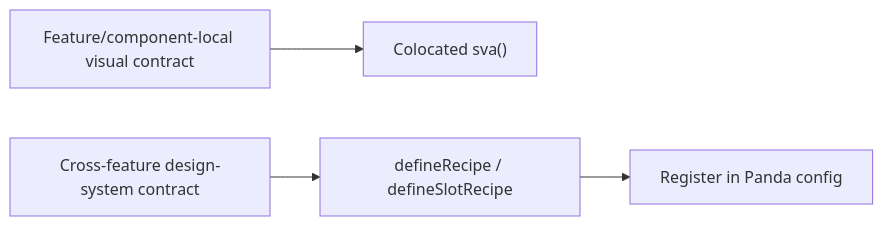
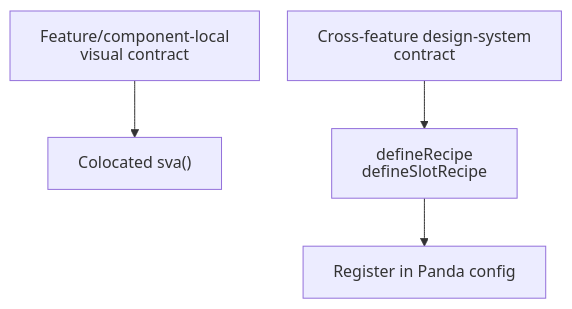
One commit to AndresTaoFlorez/software-architecture changed the fourth of 7 diagrams in architecture/frontend/styling-and-design-system.md. Above: the diagram before and after it, drawn with Mermaid. The commit also changed other lines of this file and 79 other files, not shown here.

````diff
--- a/architecture/frontend/styling-and-design-system.md
+++ b/architecture/frontend/styling-and-design-system.md
@@ -217,5 +248,6 @@
 ```mermaid
-flowchart LR
-    L["Feature/component-local visual contract"] --> S["Colocated sva()"]
-    G["Cross-feature design-system contract"] --> R["defineRecipe / defineSlotRecipe"] --> P["Register in Panda config"]
+%%{init: {"htmlLabels": false, "flowchart": {"htmlLabels": false, "nodeSpacing": 28, "rankSpacing": 48, "diagramPadding": 20, "wrappingWidth": 280}, "sequence": {"wrap": true, "diagramMarginX": 20, "diagramMarginY": 20}}}%%
+flowchart TB
+    L["Feature/component-local<br/>visual contract"] --> S["Colocated sva()"]
+    G["Cross-feature design-system<br/>contract"] --> R["defineRecipe<br/>defineSlotRecipe"] --> P["Register in Panda config"]
 ```
````
